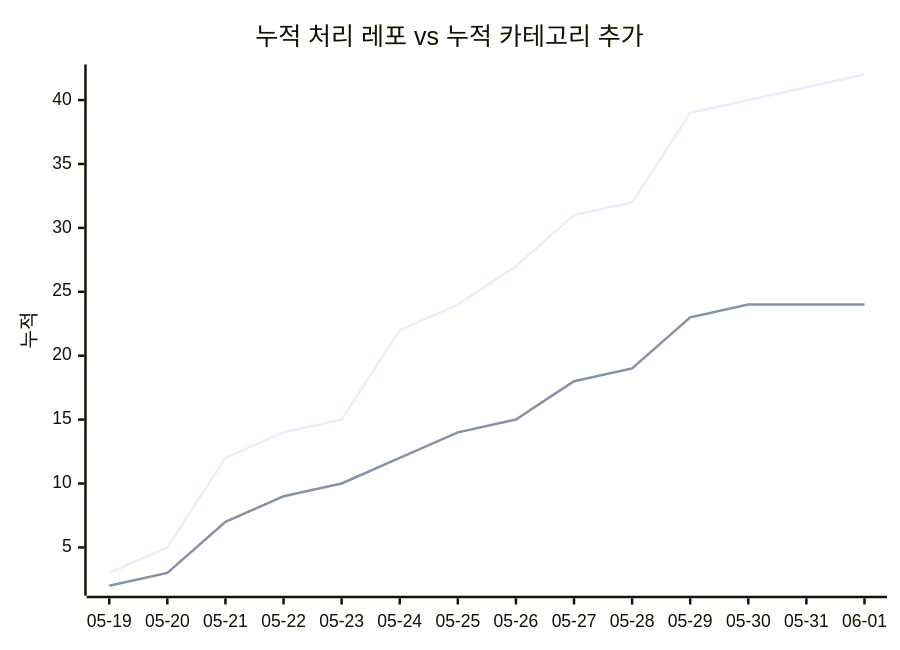
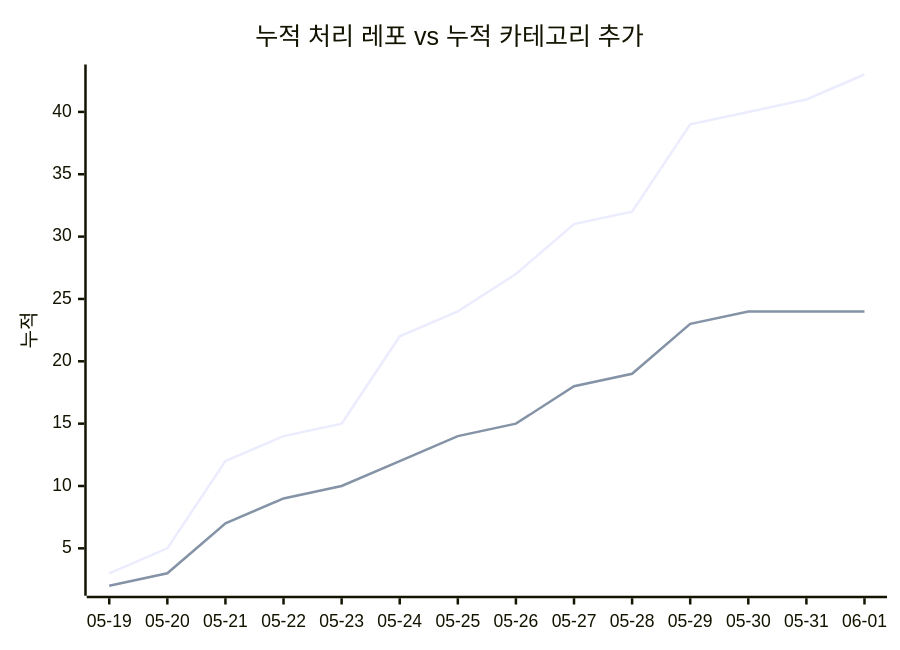
The second of 2 diagrams in docs/trends.md (J-nowcow/awesome-korean-agent-skills), drawn with Mermaid before and after one commit. The commit also changed other lines of this file and 2 other files, not shown here.

````diff
--- a/docs/trends.md
+++ b/docs/trends.md
@@ -68,8 +68,8 @@
 ```mermaid
 xychart-beta
     title "누적 처리 레포 vs 누적 카테고리 추가"
     x-axis ["05-19","05-20","05-21","05-22","05-23","05-24","05-25","05-26","05-27","05-28","05-29","05-30","05-31","06-01"]
     y-axis "누적"
-    line [3,5,12,14,15,22,24,27,31,32,39,40,41,42]
+    line [3,5,12,14,15,22,24,27,31,32,39,40,41,43]
     line [2,3,7,9,10,12,14,15,18,19,23,24,24,24]
 ```
````
